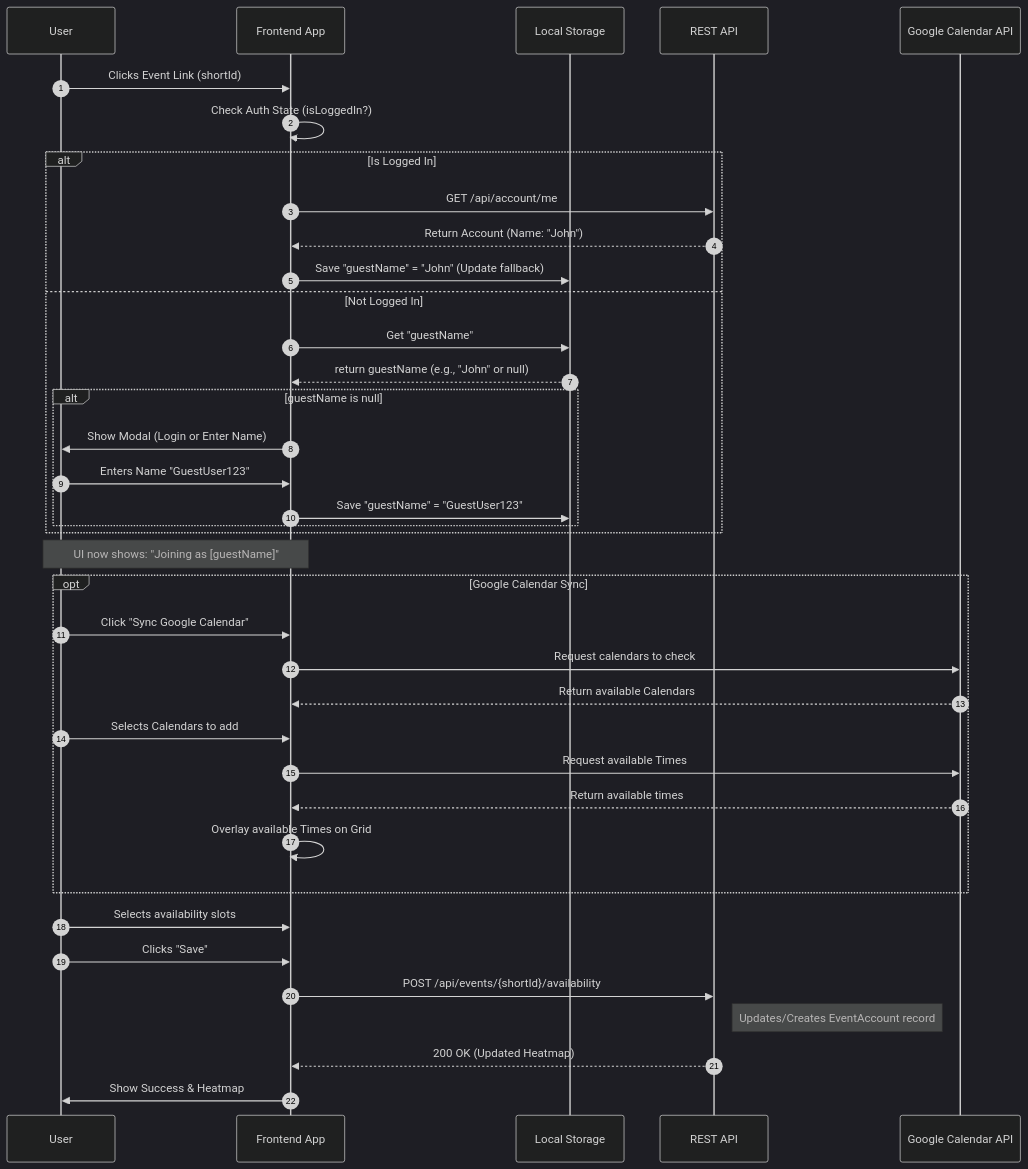
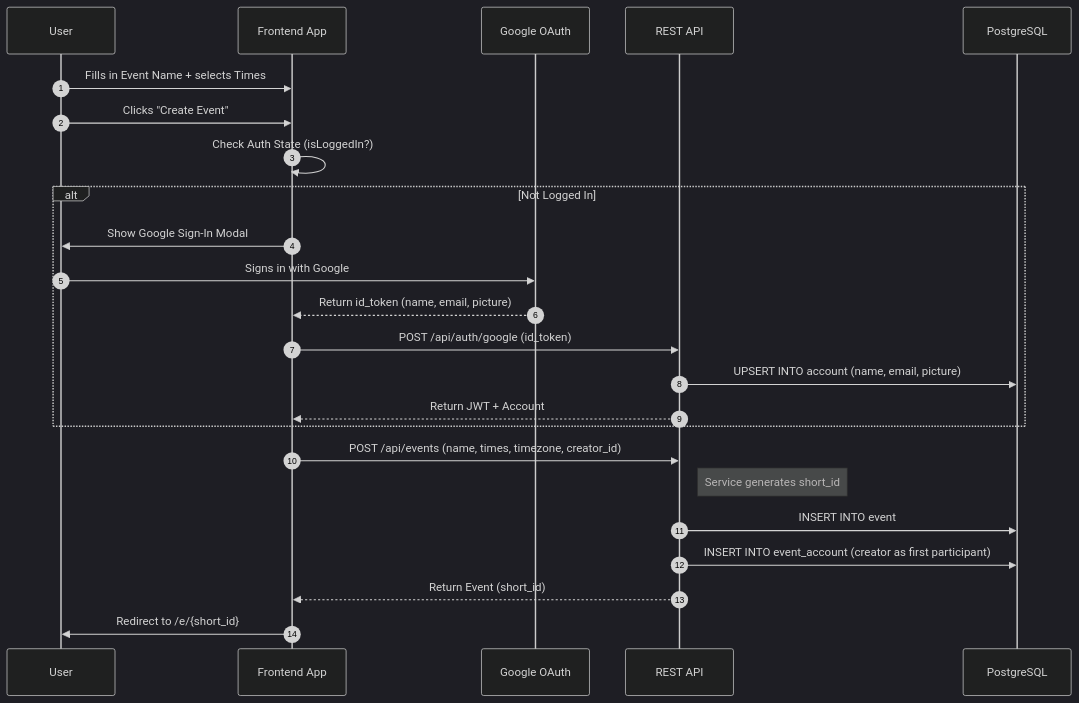
The first of 2 diagrams in SoW.md (taltech-vanemarendajaks/team-25-gatherr), drawn with Mermaid (dark theme) before and after one commit. The commit also changed other lines of this file, not shown here.

````diff
--- a/SoW.md
+++ b/SoW.md
@@ -258,86 +225,31 @@
 ```mermaid
-
 sequenceDiagram
-
-participant  U  as  User
-
-participant  FE  as  Frontend  App
-
-participant  LS  as  Local  Storage
-
-participant  BE  as  REST  API
-
-participant  GC  as  Google  Calendar  API
-
 autonumber
 
-  
+participant U  as User
+participant FE as Frontend App
+participant G  as Google OAuth
+participant BE as REST API
+participant DB as PostgreSQL
 
-U->>FE: Clicks Event Link (shortId)
+U->>FE: Fills in Event Name + selects Times
+U->>FE: Clicks "Create Event"
 
 FE->>FE: Check Auth State (isLoggedIn?)
 
-alt  Is  Logged  In
-
-FE->>BE: GET /api/account/me
-
-BE-->>FE: Return  Account (Name: "John")
-
-FE->>LS: Save "guestName" = "John" (Update fallback)
-
-else  Not  Logged  In
-
-FE->>LS: Get "guestName"
-
-LS-->>FE: return guestName (e.g., "John" or null)
-
-alt  guestName  is  null
-
-FE->>U: Show Modal (Login or Enter Name)
-
-U->>FE: Enters Name "GuestUser123"
-
-FE->>LS: Save "guestName" = "GuestUser123"
-
+alt Not Logged In
+    FE->>U: Show Google Sign-In Modal
+    U->>G: Signs in with Google
+    G-->>FE: Return id_token (name, email, picture)
+    FE->>BE: POST /api/auth/google (id_token)
+    BE->>DB: UPSERT INTO account (name, email, picture)
+    BE-->>FE: Return JWT + Account
 end
 
-end
-
-  
-
-Note  over  U, FE: UI  now  shows: "Joining as [guestName]"
-
-  
-
-opt  Google  Calendar  Sync
-
-U->>FE: Click "Sync Google Calendar"
-
-FE->>GC: Request calendars to check
-
-GC-->>FE: Return available Calendars
-
-U->>FE: Selects Calendars to add
-
-FE->>GC: Request available Times
-
-GC-->>FE: Return available times
-
-FE->>FE: Overlay available Times on Grid
-
-end
-
-  
-
-U->>FE: Selects availability slots
-
-U->>FE: Clicks "Save"
-
-FE->>BE: POST /api/events/{shortId}/availability
-
-Note  right of  BE: Updates/Creates EventAccount record
-
-BE-->>FE: 200 OK (Updated Heatmap)
-
-FE->>U: Show Success & Heatmap
+FE->>BE: POST /api/events (name, times, timezone, creator_id)
+Note right of BE: Service generates short_id
+BE->>DB: INSERT INTO event
+BE->>DB: INSERT INTO event_account (creator as first participant)
+BE-->>FE: Return Event (short_id)
+FE->>U: Redirect to /e/{short_id}
 ```
````
